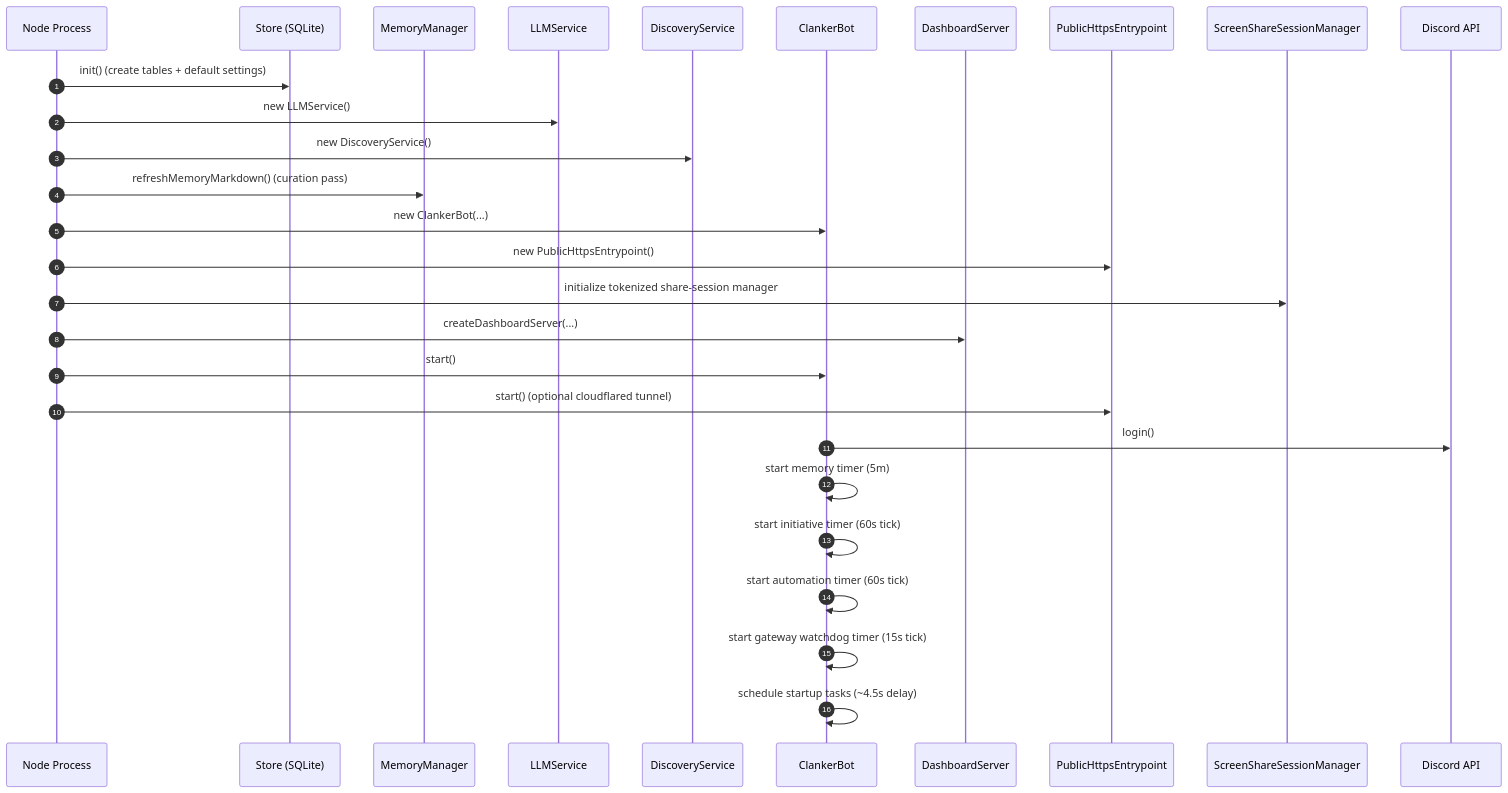
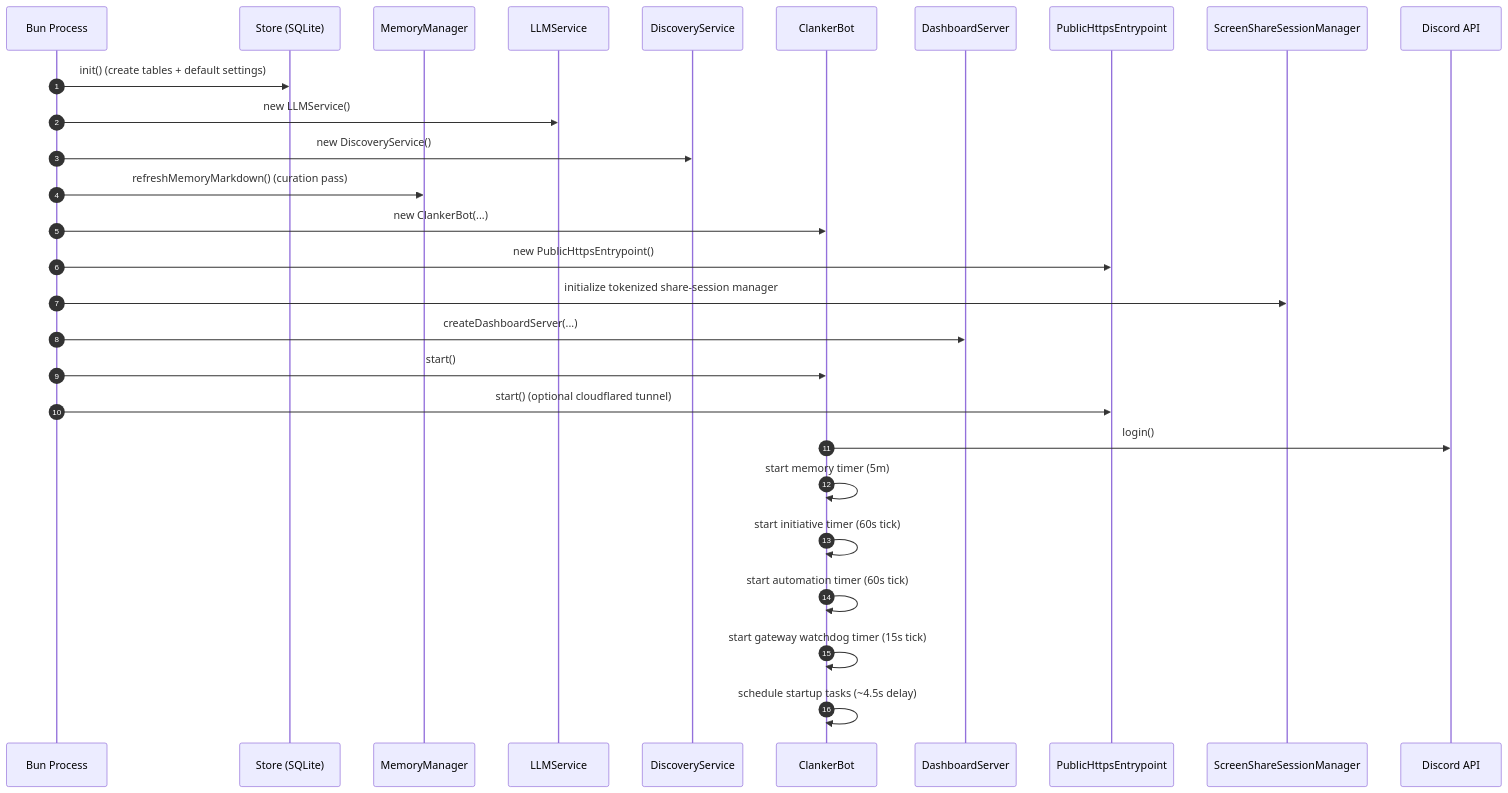
One commit to Volpestyle/clanker_conk changed the diagram in docs/diagrams/runtime-lifecycle.mmd. Above: the diagram before and after it, drawn with Mermaid. The commit also changed 12 other files, not shown here.

```diff
--- a/docs/diagrams/runtime-lifecycle.mmd
+++ b/docs/diagrams/runtime-lifecycle.mmd
@@ -1,29 +1,29 @@
 sequenceDiagram
     autonumber
-    participant Proc as Node Process
+    participant Proc as Bun Process
     participant Store as Store (SQLite)
     participant Memory as MemoryManager
     participant LLM as LLMService
     participant Disc as DiscoveryService
     participant Bot as ClankerBot
     participant Dash as DashboardServer
     participant Pub as PublicHttpsEntrypoint
     participant Scr as ScreenShareSessionManager
     participant Discord as Discord API
 
     Proc->>Store: init() (create tables + default settings)
     Proc->>LLM: new LLMService()
     Proc->>Disc: new DiscoveryService()
     Proc->>Memory: refreshMemoryMarkdown() (curation pass)
     Proc->>Bot: new ClankerBot(...)
     Proc->>Pub: new PublicHttpsEntrypoint()
     Proc->>Scr: initialize tokenized share-session manager
     Proc->>Dash: createDashboardServer(...)
     Proc->>Bot: start()
     Proc->>Pub: start() (optional cloudflared tunnel)
     Bot->>Discord: login()
     Bot->>Bot: start memory timer (5m)
     Bot->>Bot: start initiative timer (60s tick)
     Bot->>Bot: start automation timer (60s tick)
     Bot->>Bot: start gateway watchdog timer (15s tick)
     Bot->>Bot: schedule startup tasks (~4.5s delay)
```
